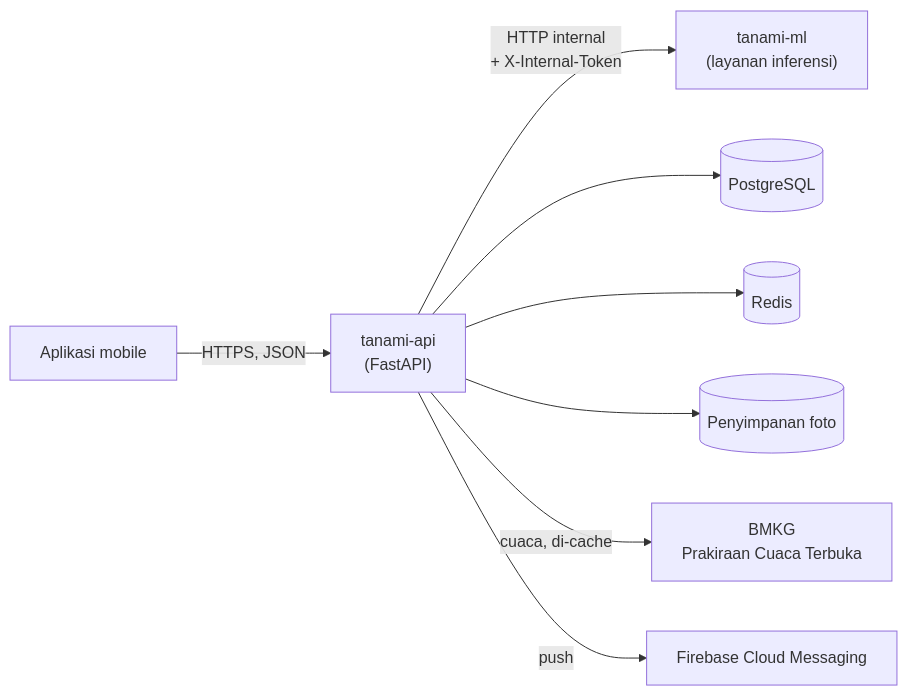
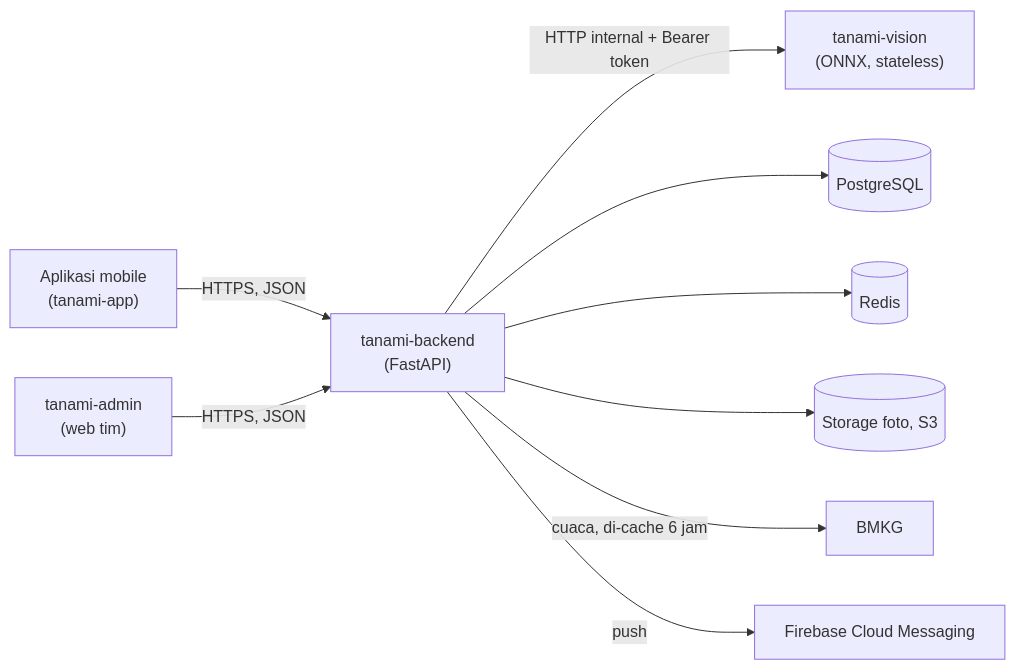
Before and after one commit to Hruto/Tanami: the diagram in README.md, drawn with Mermaid. The commit also changed other lines of this file, not shown here.

````diff
--- a/README.md
+++ b/README.md
@@ -68,10 +58,11 @@
 ```mermaid
 flowchart LR
-    App["Aplikasi mobile"] -->|HTTPS, JSON| API["tanami-api<br/>(FastAPI)"]
-    API -->|HTTP internal<br/>+ X-Internal-Token| ML["tanami-ml<br/>(layanan inferensi)"]
+    App["Aplikasi mobile<br/>(tanami-app)"] -->|HTTPS, JSON| API["tanami-backend<br/>(FastAPI)"]
+    Admin["tanami-admin<br/>(web tim)"] -->|HTTPS, JSON| API
+    API -->|HTTP internal + Bearer token| Vision["tanami-vision<br/>(ONNX, stateless)"]
     API --> DB[("PostgreSQL")]
     API --> Redis[("Redis")]
-    API --> Media[("Penyimpanan foto")]
-    API -->|cuaca, di-cache| BMKG["BMKG<br/>Prakiraan Cuaca Terbuka"]
+    API --> S3[("Storage foto, S3")]
+    API -->|cuaca, di-cache 6 jam| BMKG["BMKG"]
     API -->|push| FCM["Firebase Cloud Messaging"]
 ```
````
